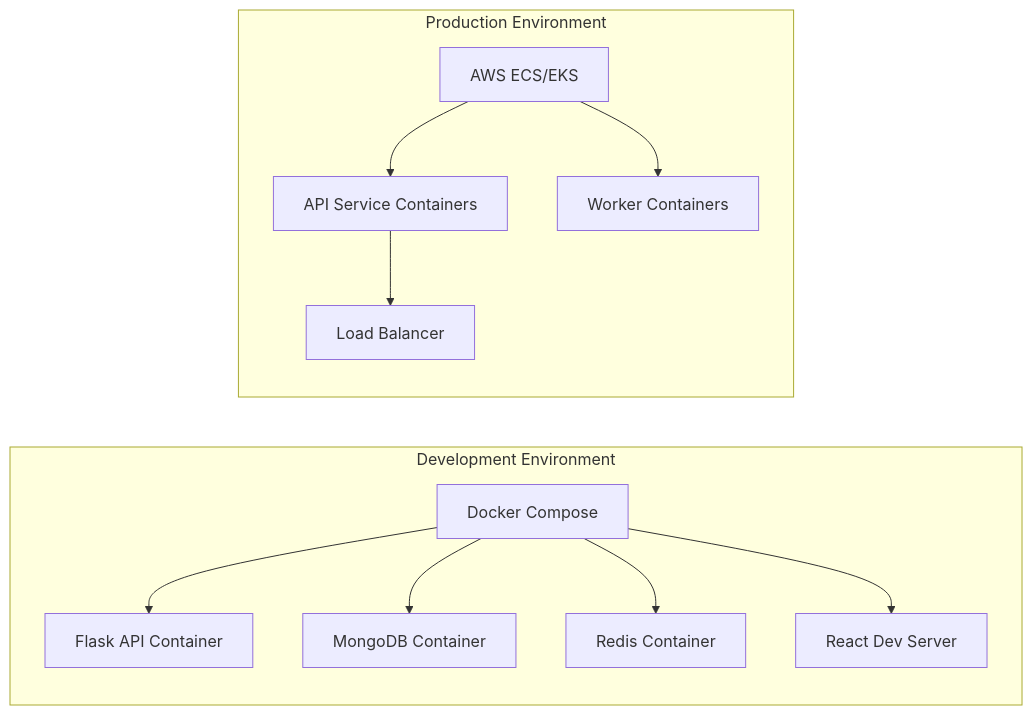
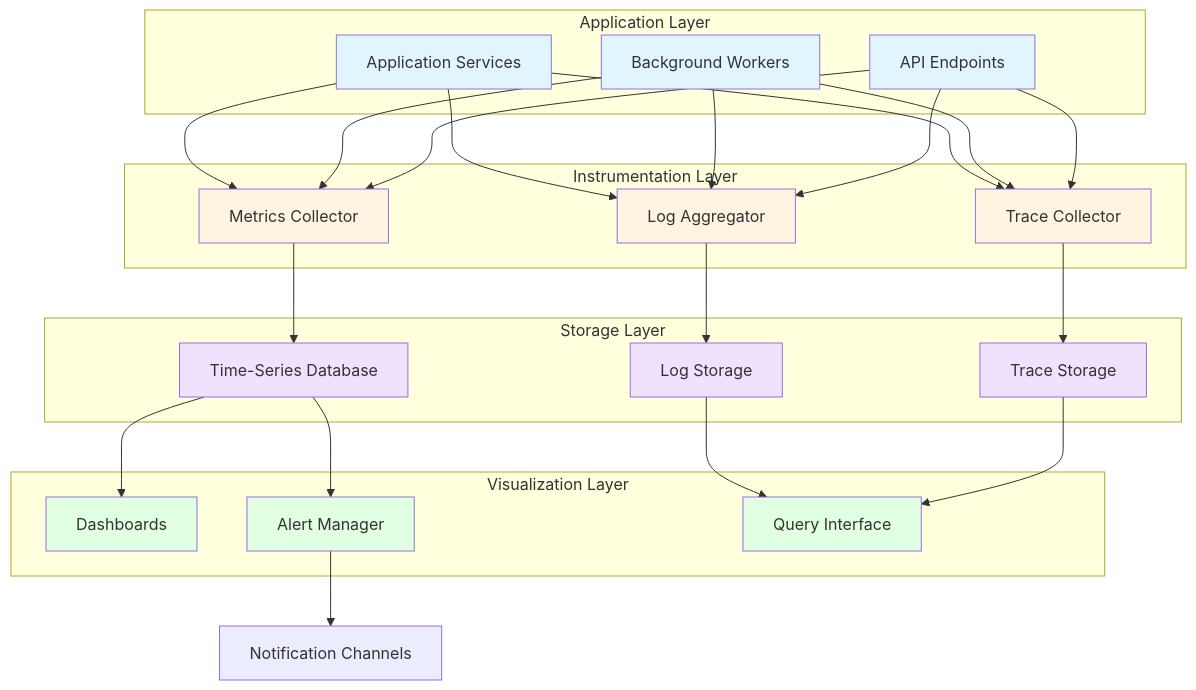
One commit to prasad-blitzy/quick-repo changed the fourth of 12 diagrams in blitzy/documentation/Technical Specifications.md. Above: the diagram before and after it, drawn with Mermaid. The commit also changed other lines of this file, not shown here.

````diff
--- a/blitzy/documentation/Technical Specifications.md
+++ b/blitzy/documentation/Technical Specifications.md
@@ -712,17 +1496,60 @@
 ```mermaid
-flowchart LR
-    subgraph Development Environment
-        A[Docker Compose]
-        A --> B[Flask API Container]
-        A --> C[MongoDB Container]
-        A --> D[Redis Container]
-        A --> E[React Dev Server]
+graph TB
+    subgraph "Application Layer"
+        A[Application Services]
+        B[Background Workers]
+        C[API Endpoints]
     end
     
-    subgraph Production Environment
-        F[AWS ECS/EKS]
-        F --> G[API Service Containers]
-        F --> H[Worker Containers]
-        G --> I[Load Balancer]
+    subgraph "Instrumentation Layer"
+        D[Metrics Collector]
+        E[Log Aggregator]
+        F[Trace Collector]
     end
+    
+    subgraph "Storage Layer"
+        G[Time-Series Database]
+        H[Log Storage]
+        I[Trace Storage]
+    end
+    
+    subgraph "Visualization Layer"
+        J[Dashboards]
+        K[Alert Manager]
+        L[Query Interface]
+    end
+    
+    A --> D
+    A --> E
+    A --> F
+    B --> D
+    B --> E
+    B --> F
+    C --> D
+    C --> E
+    C --> F
+    
+    D --> G
+    E --> H
+    F --> I
+    
+    G --> J
+    G --> K
+    H --> L
+    I --> L
+    
+    K --> M[Notification Channels]
+    
+    style A fill:#e1f5ff
+    style B fill:#e1f5ff
+    style C fill:#e1f5ff
+    style D fill:#fff4e1
+    style E fill:#fff4e1
+    style F fill:#fff4e1
+    style G fill:#f0e1ff
+    style H fill:#f0e1ff
+    style I fill:#f0e1ff
+    style J fill:#e1ffe1
+    style K fill:#e1ffe1
+    style L fill:#e1ffe1
 ```
````
